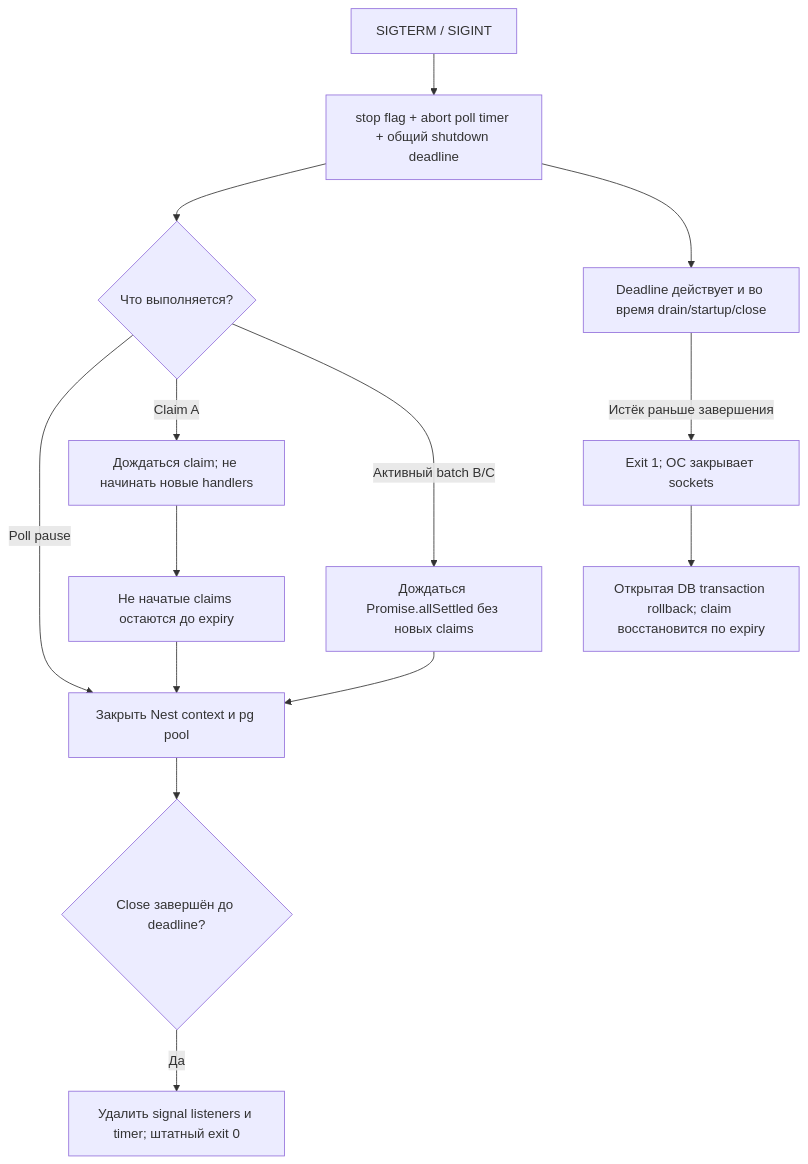
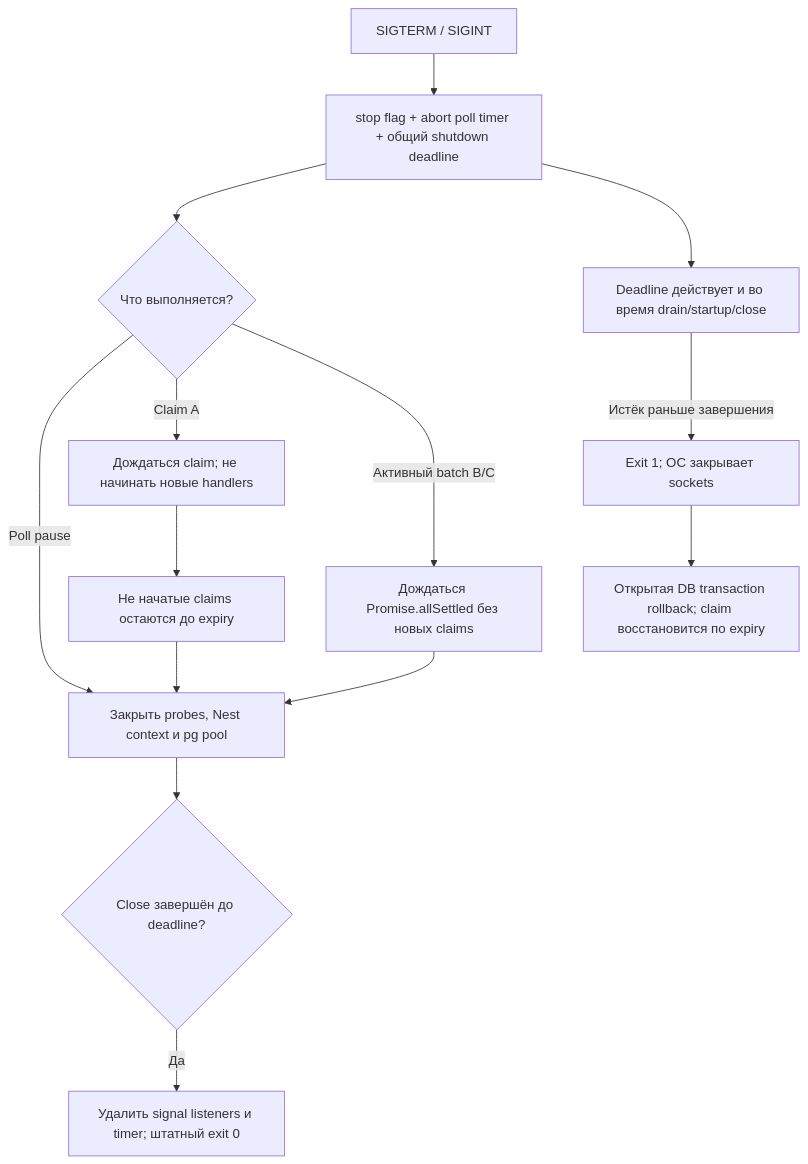
Before and after one commit to alekseishmidko/warehouse-control: the seventh of 7 diagrams in docs/flows/worker.md, drawn with Mermaid. The commit also changed other lines of this file and 73 other files, not shown here.

````diff
--- a/docs/flows/worker.md
+++ b/docs/flows/worker.md
@@ -254,16 +258,16 @@
 ```mermaid
 flowchart TD
   Signal["SIGTERM / SIGINT"] --> Stop["stop flag + abort poll timer + общий shutdown deadline"]
   Stop --> Phase{"Что выполняется?"}
-  Phase -->|"Poll pause"| Close["Закрыть Nest context и pg pool"]
+  Phase -->|"Poll pause"| Close["Закрыть probes, Nest context и pg pool"]
   Phase -->|"Claim A"| Claim["Дождаться claim; не начинать новые handlers"]
   Claim --> Leave["Не начатые claims остаются до expiry"]
   Leave --> Close
   Phase -->|"Активный batch B/C"| Drain["Дождаться Promise.allSettled без новых claims"]
   Drain --> Close
   Close --> Closed{"Close завершён до deadline?"}
   Closed -->|Да| Exit["Удалить signal listeners и timer; штатный exit 0"]
   Stop --> Deadline["Deadline действует и во время drain/startup/close"]
   Deadline -->|"Истёк раньше завершения"| Hard["Exit 1; ОС закрывает sockets"]
   Hard --> Recovery["Открытая DB transaction rollback; claim восстановится по expiry"]
 ```
````
